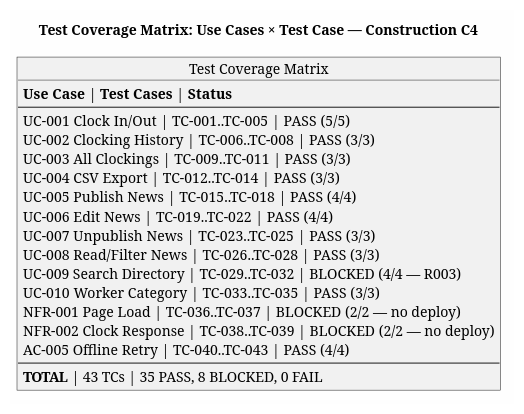
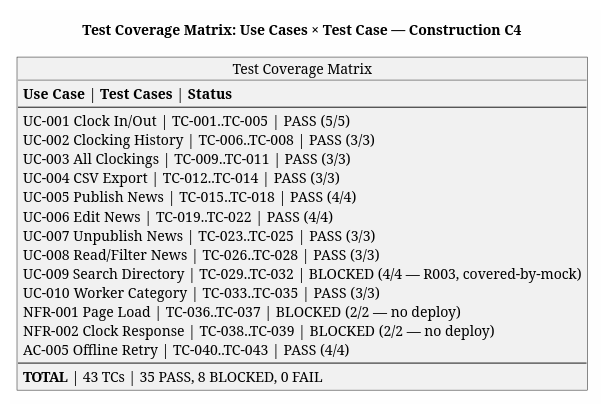
The third of 8 diagrams in docs/artifacts/project-management/review-record.md (banense-test/portal-cuba-corp), drawn with PlantUML before and after one commit. The commit also changed other lines of this file, not shown here.

````diff
--- a/docs/artifacts/project-management/review-record.md
+++ b/docs/artifacts/project-management/review-record.md
@@ -158,28 +161,28 @@
 ```plantuml
 @startuml
 title Test Coverage Matrix: Use Cases × Test Case — Construction C4
 skinparam backgroundColor #FEFEFE
 skinparam shadowing false
 
 object "Test Coverage Matrix" as TCM {
   **Use Case** | **Test Cases** | **Status**
   ---
   UC-001 Clock In/Out | TC-001..TC-005 | PASS (5/5)
   UC-002 Clocking History | TC-006..TC-008 | PASS (3/3)
   UC-003 All Clockings | TC-009..TC-011 | PASS (3/3)
   UC-004 CSV Export | TC-012..TC-014 | PASS (3/3)
   UC-005 Publish News | TC-015..TC-018 | PASS (4/4)
   UC-006 Edit News | TC-019..TC-022 | PASS (4/4)
   UC-007 Unpublish News | TC-023..TC-025 | PASS (3/3)
   UC-008 Read/Filter News | TC-026..TC-028 | PASS (3/3)
-  UC-009 Search Directory | TC-029..TC-032 | BLOCKED (4/4 — R003)
+  UC-009 Search Directory | TC-029..TC-032 | BLOCKED (4/4 — R003, covered-by-mock)
   UC-010 Worker Category | TC-033..TC-035 | PASS (3/3)
   NFR-001 Page Load | TC-036..TC-037 | BLOCKED (2/2 — no deploy)
   NFR-002 Clock Response | TC-038..TC-039 | BLOCKED (2/2 — no deploy)
   AC-005 Offline Retry | TC-040..TC-043 | PASS (4/4)
   ---
   **TOTAL** | 43 TCs | 35 PASS, 8 BLOCKED, 0 FAIL
 }
 
 @enduml
 ```
````
